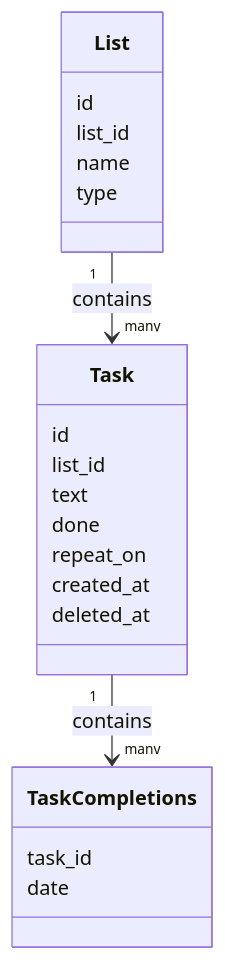
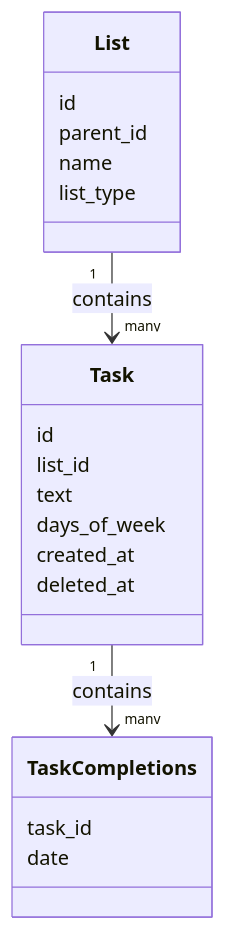
Before and after one commit to diegobraga92/PudimProductivity: the first of 2 diagrams in docs/domain.md, drawn with Mermaid. The commit also changed other lines of this file and 2 other files, not shown here.

````diff
--- a/docs/domain.md
+++ b/docs/domain.md
@@ -66,27 +76,26 @@
 ```mermaid
 classDiagram
   List "1" --> "many" Task : contains
-  Task "1" --> "many" Task Completions : contains
+  Task "1" --> "many" TaskCompletions : contains
 
   class List {
     id
-    list_id
+    parent_id
     name
-    type
+    list_type
   }
 
   class Task {
     id
     list_id
     text
-    done
-    repeat_on
+    days_of_week
     created_at
     deleted_at
   }
 
   class TaskCompletions {
     task_id
     date
   }
 ```
````
